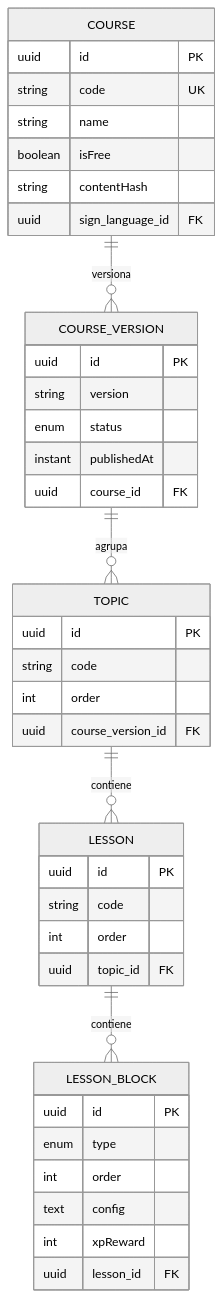
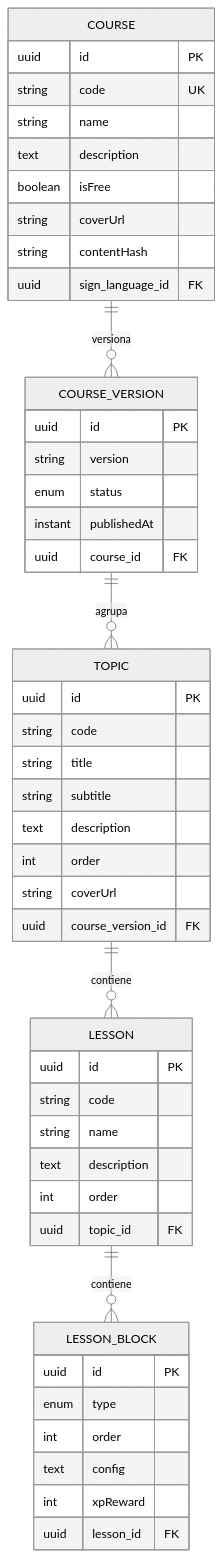
One commit to signasource/signa-api changed the third of 6 diagrams in docs/diagrams/er.md. Above: the diagram before and after it, drawn with Mermaid (neutral theme). The commit also changed other lines of this file and 202 other files, not shown here.

````diff
--- a/docs/diagrams/er.md
+++ b/docs/diagrams/er.md
@@ -84,43 +113,51 @@
 ```mermaid
 erDiagram
     COURSE ||--o{ COURSE_VERSION : versiona
     COURSE_VERSION ||--o{ TOPIC : agrupa
     TOPIC ||--o{ LESSON : contiene
     LESSON ||--o{ LESSON_BLOCK : contiene
 
     COURSE {
         uuid id PK
         string code UK
         string name
+        text description
         boolean isFree
+        string coverUrl
         string contentHash
         uuid sign_language_id FK
     }
     COURSE_VERSION {
         uuid id PK
         string version
         enum status
         instant publishedAt
         uuid course_id FK
     }
     TOPIC {
         uuid id PK
         string code
+        string title
+        string subtitle
+        text description
         int order
+        string coverUrl
         uuid course_version_id FK
     }
     LESSON {
         uuid id PK
         string code
+        string name
+        text description
         int order
         uuid topic_id FK
     }
     LESSON_BLOCK {
         uuid id PK
         enum type
         int order
         text config
         int xpReward
         uuid lesson_id FK
     }
 ```
````
